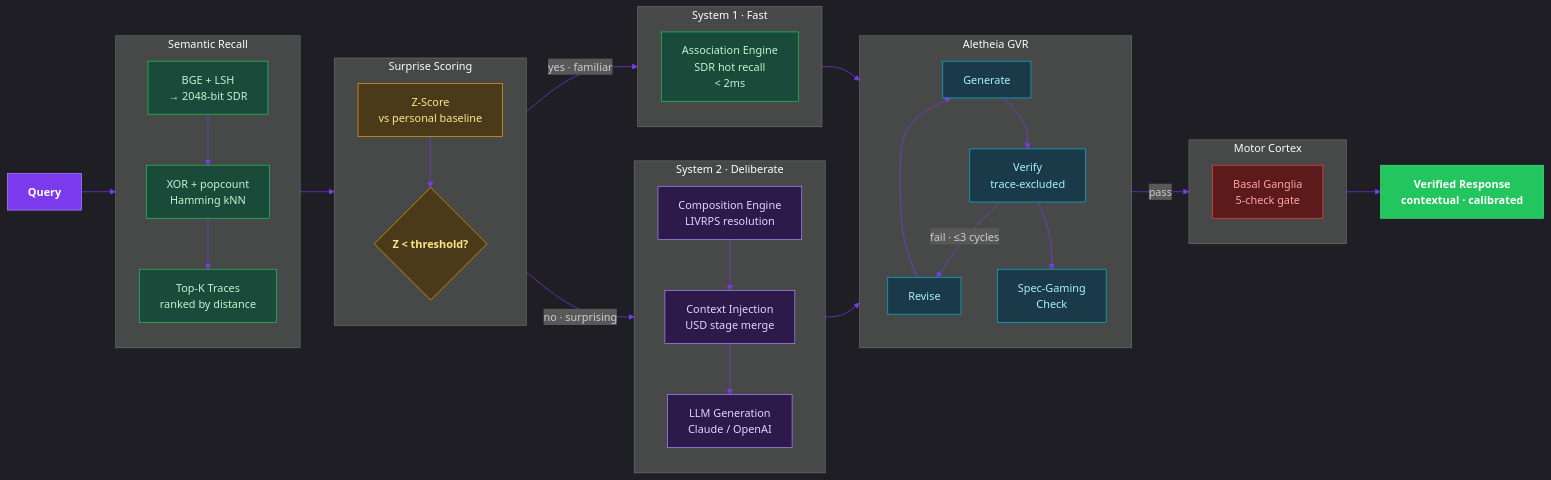
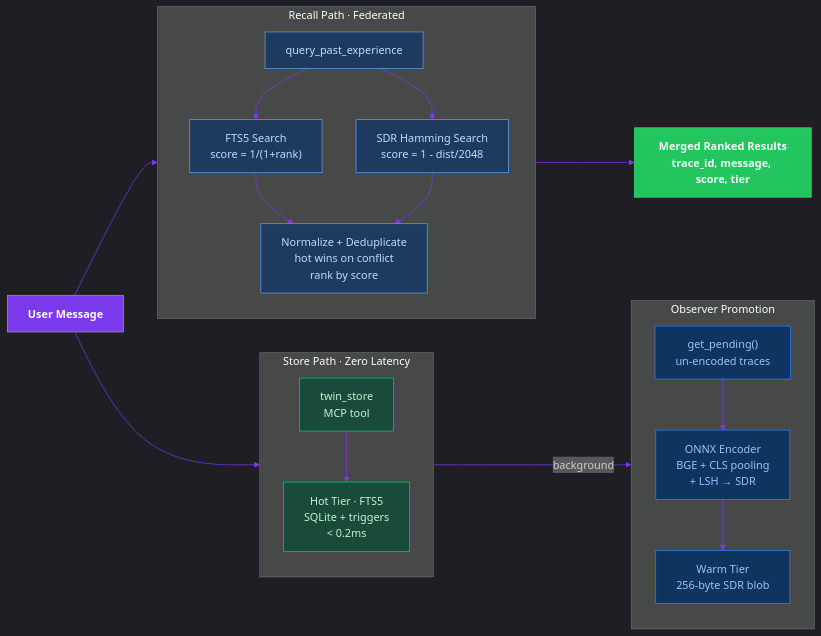
One commit to JosephOIbrahim/Harlo changed the second of 7 diagrams in README.md. Above: the diagram before and after it, drawn with Mermaid. The commit also changed other lines of this file, not shown here.

````diff
--- a/README.md
+++ b/README.md
@@ -227,68 +227,45 @@
 ```mermaid
 %%{init: {'theme': 'dark', 'themeVariables': {'primaryColor': '#1a1a2e', 'primaryTextColor': '#e0e0e0', 'primaryBorderColor': '#7c3aed', 'lineColor': '#7c3aed'}}}%%
 graph LR
-    Q["Query"]:::input
+    USER["User Message"]:::input
 
-    subgraph RECALL["Semantic Recall"]
+    subgraph STORE_PATH["Store Path · Zero Latency"]
         direction TB
-        ENCODE["BGE + LSH\n→ 2048-bit SDR"]:::recall
-        SEARCH["XOR + popcount\nHamming kNN"]:::recall
-        MATCH["Top-K Traces\nranked by distance"]:::recall
-        ENCODE --> SEARCH --> MATCH
+        MCP_S["twin_store\nMCP tool"]:::store
+        HOT_W["Hot Tier · FTS5\nSQLite + triggers\n< 0.2ms"]:::store
+        MCP_S --> HOT_W
     end
 
-    subgraph SURPRISE["Surprise Scoring"]
+    subgraph PROMOTE["Observer Promotion"]
         direction TB
-        ZSCORE["Z-Score\nvs personal baseline"]:::surprise
-        SYS1{"Z < threshold?"}:::decision
-        ZSCORE --> SYS1
+        PEND["get_pending()\nun-encoded traces"]:::promote
+        ONNX_E["ONNX Encoder\nBGE + CLS pooling\n+ LSH → SDR"]:::promote
+        WARM_W["Warm Tier\n256-byte SDR blob"]:::promote
+        PEND --> ONNX_E --> WARM_W
     end
 
-    subgraph SYSTEM1["System 1 · Fast"]
+    subgraph RECALL_PATH["Recall Path · Federated"]
         direction TB
-        ASSOC["Association Engine\nSDR hot recall\n< 2ms"]:::fast
+        QPE["query_past_experience"]:::recall
+        HOT_R["FTS5 Search\nscore = 1/(1+rank)"]:::recall
+        WARM_R["SDR Hamming Search\nscore = 1 - dist/2048"]:::recall
+        MERGE["Normalize + Deduplicate\nhot wins on conflict\nrank by score"]:::recall
+        QPE --> HOT_R
+        QPE --> WARM_R
+        HOT_R --> MERGE
+        WARM_R --> MERGE
     end
 
-    subgraph SYSTEM2["System 2 · Deliberate"]
-        direction TB
-        COMPOSE["Composition Engine\nLIVRPS resolution"]:::deliberate
-        CONTEXT["Context Injection\nUSD stage merge"]:::deliberate
-        LLM["LLM Generation\nClaude / OpenAI"]:::deliberate
-        COMPOSE --> CONTEXT --> LLM
-    end
+    RESULT["Merged Ranked Results\ntrace_id, message, score, tier"]:::output
 
-    subgraph VERIFY["Aletheia GVR"]
-        direction TB
-        GEN_V["Generate"]:::verify
-        VER_V["Verify\ntrace-excluded"]:::verify
-        REV_V["Revise"]:::verify
-        SPEC_V["Spec-Gaming\nCheck"]:::verify
-        GEN_V --> VER_V
-        VER_V -->|"fail · ≤3 cycles"| REV_V --> GEN_V
-        VER_V --> SPEC_V
-    end
-
-    subgraph GATE["Motor Cortex"]
-        direction TB
-        BG_V["Basal Ganglia\n5-check gate"]:::gate
-    end
-
-    RESP["Verified Response\ncontextual · calibrated"]:::output
-
-    Q --> RECALL --> SURPRISE
-    SYS1 -->|"yes · familiar"| SYSTEM1
-    SYS1 -->|"no · surprising"| SYSTEM2
-    SYSTEM1 --> VERIFY
-    SYSTEM2 --> VERIFY
-    VER_V -->|"pass"| GATE --> RESP
+    USER --> STORE_PATH
+    HOT_W -->|"background"| PROMOTE
+    USER --> RECALL_PATH
+    MERGE --> RESULT
 
     classDef input fill:#7c3aed,stroke:#a78bfa,color:#fff,font-weight:bold
     classDef output fill:#22c55e,stroke:#4ade80,color:#fff,font-weight:bold
-    classDef recall fill:#1a4a3a,stroke:#22c55e,color:#bbf7d0
-    classDef surprise fill:#4a3a1a,stroke:#f59e0b,color:#fde68a
-    classDef decision fill:#4a3a1a,stroke:#f59e0b,color:#fde68a,font-weight:bold
-    classDef fast fill:#1a4a3a,stroke:#22c55e,color:#bbf7d0
-    classDef deliberate fill:#2e1a4a,stroke:#a78bfa,color:#ddd6fe
-    classDef verify fill:#1a3a4a,stroke:#06b6d4,color:#a5f3fc
-    classDef gate fill:#5c1a1a,stroke:#ef4444,color:#fca5a5
+    classDef store fill:#1a4a3a,stroke:#22c55e,color:#bbf7d0
+    classDef promote fill:#0f3460,stroke:#3b82f6,color:#93c5fd
+    classDef recall fill:#1e3a5f,stroke:#60a5fa,color:#bfdbfe
 ```
````
